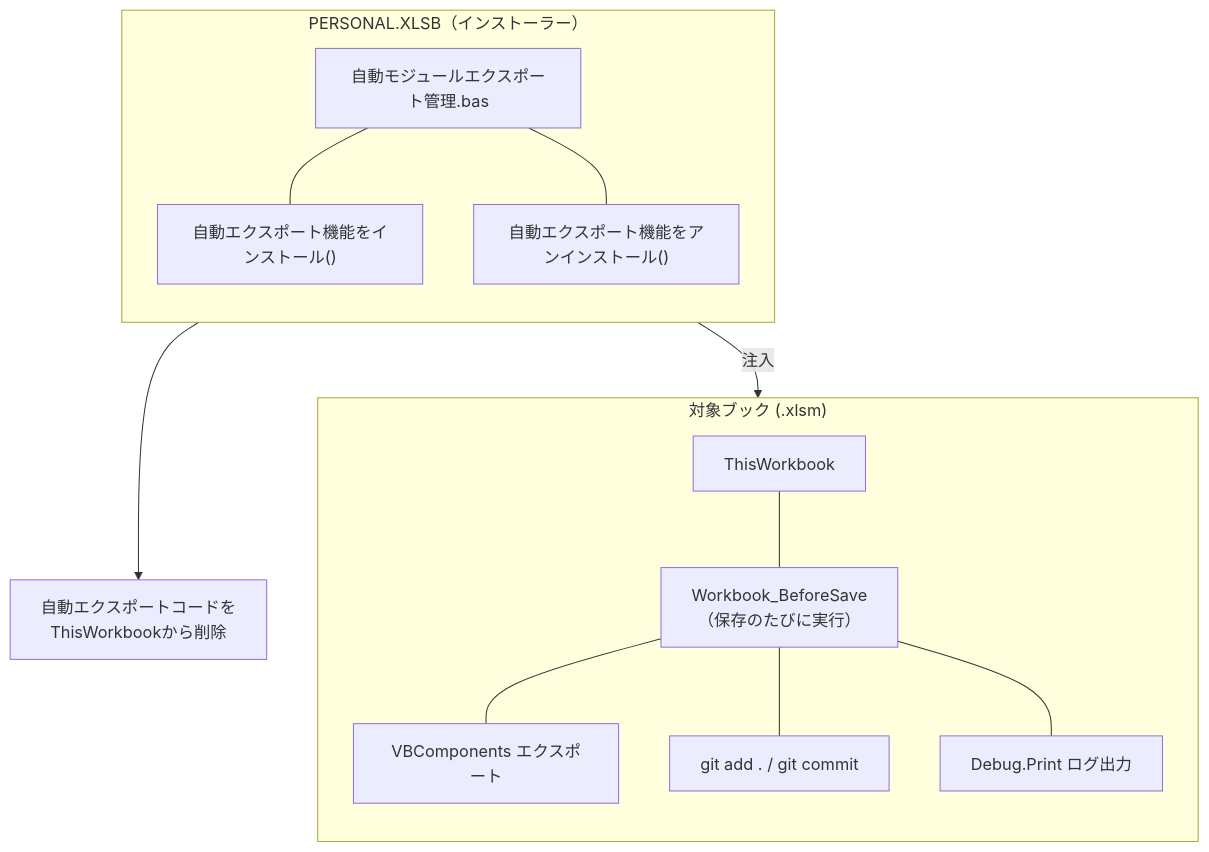
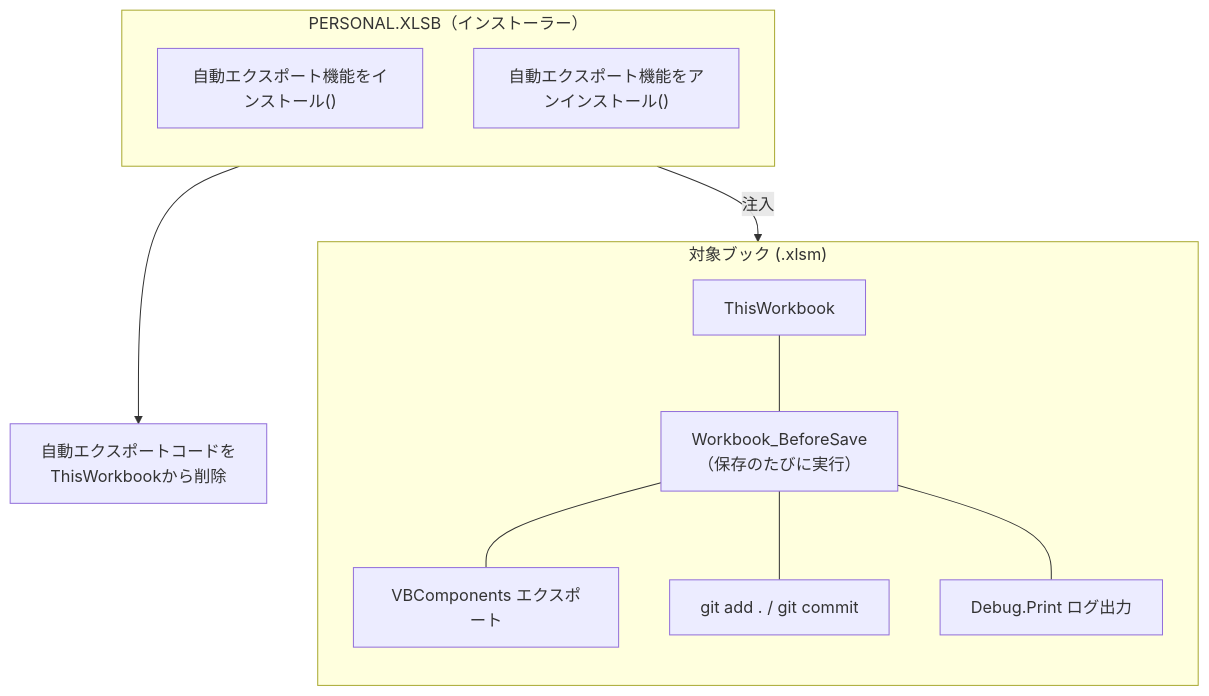
Before and after one commit to aki0178/business-system-design-portfolio: the diagram in 04_vba_git_automation.md, drawn with Mermaid.

````diff
--- a/04_vba_git_automation.md
+++ b/04_vba_git_automation.md
@@ -43,29 +43,26 @@
 ```mermaid
 flowchart TD
     subgraph P["PERSONAL.XLSB（インストーラー）"]
         direction TB
-        P1["自動モジュールエクスポート管理.bas"]
         P2["自動エクスポート機能をインストール()"]
         P3["自動エクスポート機能をアンインストール()"]
-        P1 --- P2
-        P1 --- P3
     end
 
-    subgraph T["対象ブック (.xlsm)　　　　"]
+    subgraph T["対象ブック (.xlsm)"]
         direction TB
         T1["ThisWorkbook"]
         T2["Workbook_BeforeSave<br/>（保存のたびに実行）"]
         T3["VBComponents エクスポート"]
         T4["git add . / git commit"]
         T5["Debug.Print ログ出力"]
         T1 --- T2
         T2 --- T3
         T2 --- T4
         T2 --- T5
     end
 
     D["自動エクスポートコードを<br/>ThisWorkbookから削除"]
 
     P2 -->|"注入"| T1
     P3 --> D
 ```
````
